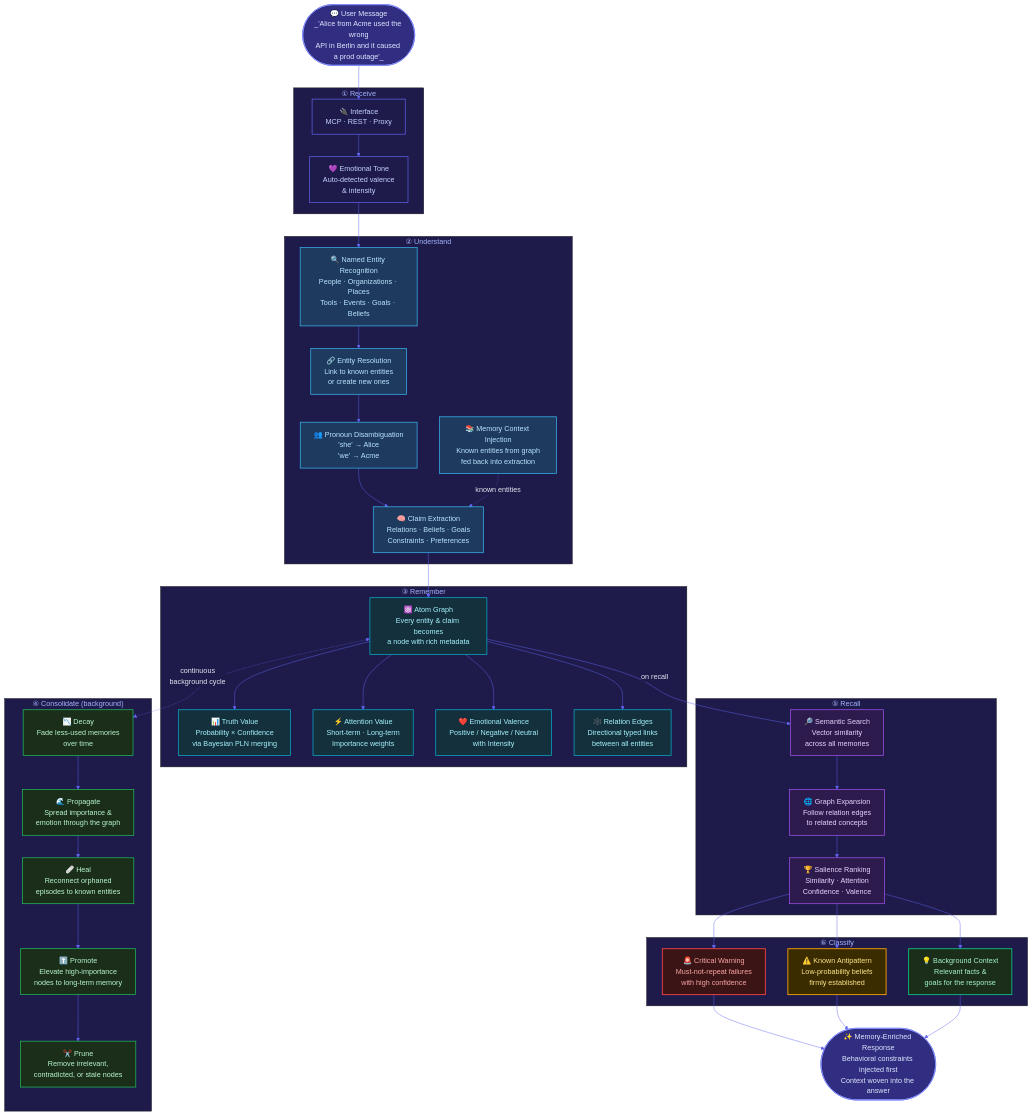
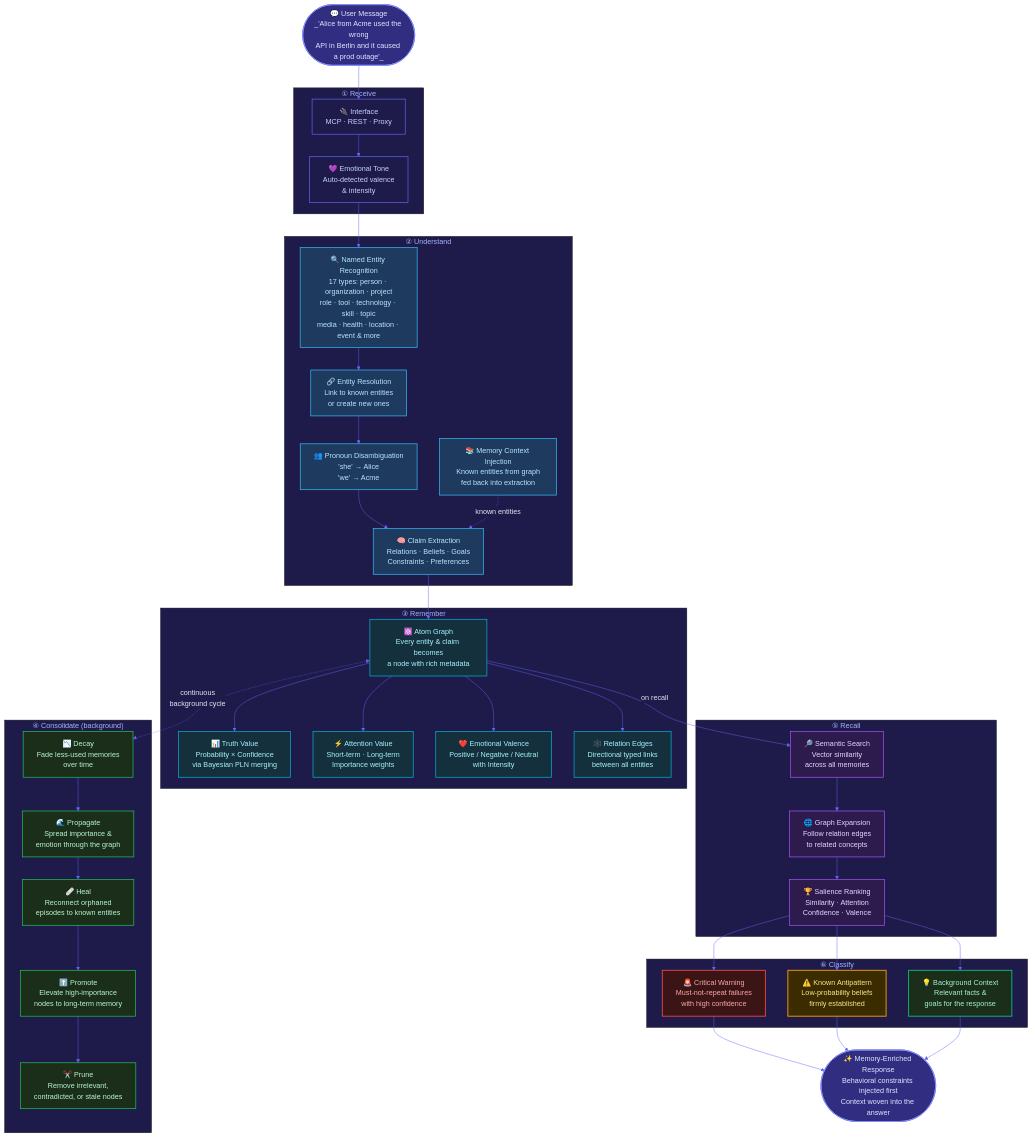
The diagram in docs/pipeline.md (cyqlelabs/smrti), drawn with Mermaid before and after one commit. The commit also changed 3 other files, not shown here.

First line of the commit message:
docs: sync with v0.6.5 extraction and architecture changes

```diff
--- a/docs/pipeline.md
+++ b/docs/pipeline.md
@@ -27,7 +27,7 @@
     end
 
     subgraph UNDERSTAND ["  ② Understand  "]
-        NER["🔍 Named Entity Recognition\nPeople · Organizations · Places\nTools · Events · Goals · Beliefs"]
+        NER["🔍 Named Entity Recognition\n17 types: person · organization · project\nrole · tool · technology · skill · topic\nmedia · health · location · event & more"]
         RESOLVE["🔗 Entity Resolution\nLink to known entities\nor create new ones"]
         PRONOUNS["👥 Pronoun Disambiguation\n'she' → Alice\n'we' → Acme"]
         CLAIMS["🧠 Claim Extraction\nRelations · Beliefs · Goals\nConstraints · Preferences"]
```
